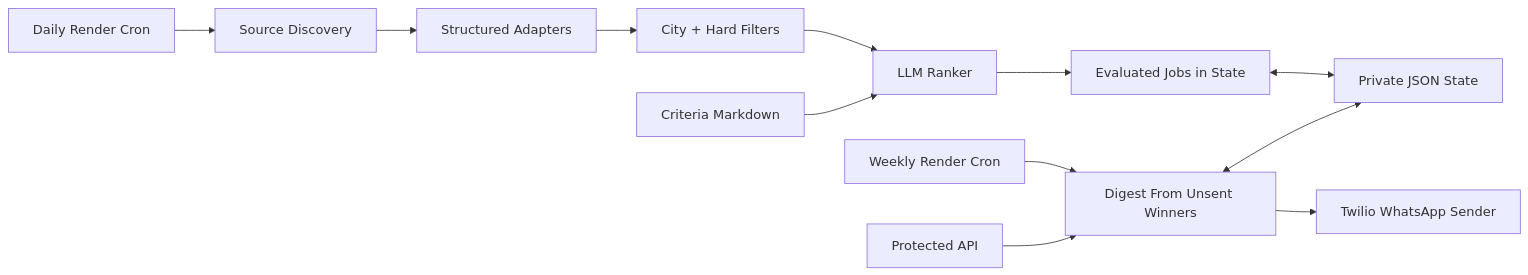
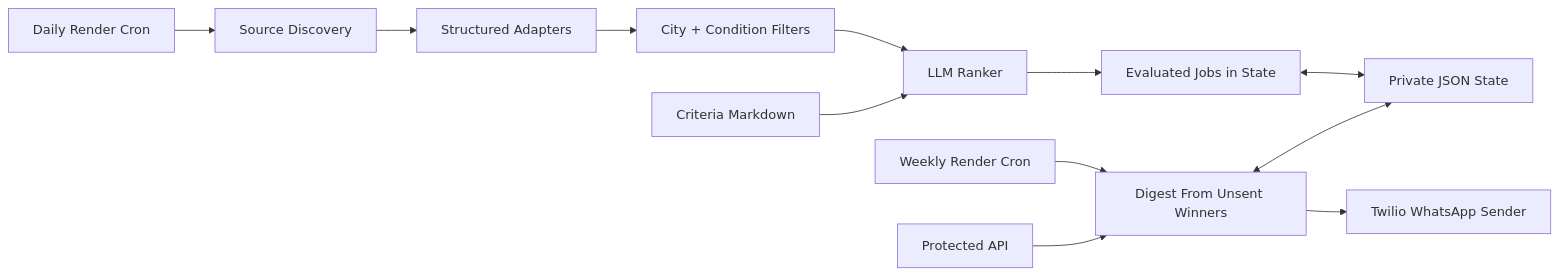
Before and after one commit to GarrettAudet/schwarzman-opportunity-radar: the diagram in README.md, drawn with Mermaid. The commit also changed other lines of this file and 9 other files, not shown here.

````diff
--- a/README.md
+++ b/README.md
@@ -22,14 +22,14 @@
 ```mermaid
 flowchart LR
     A[Daily Render Cron] --> B[Source Discovery]
     B --> C[Structured Adapters]
-    C --> D[City + Hard Filters]
+    C --> D[City + Condition Filters]
     D --> E[LLM Ranker]
     E --> F[Evaluated Jobs in State]
     G[Weekly Render Cron] --> H[Digest From Unsent Winners]
     H --> I[Twilio WhatsApp Sender]
     J[Protected API] --> H
     K[Criteria Markdown] --> E
     F <--> L[Private JSON State]
     H <--> L
 ```
````
